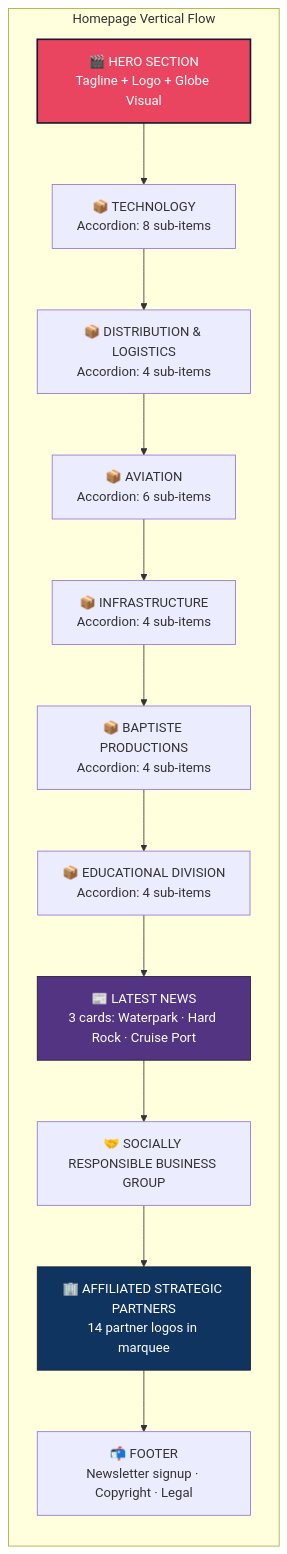
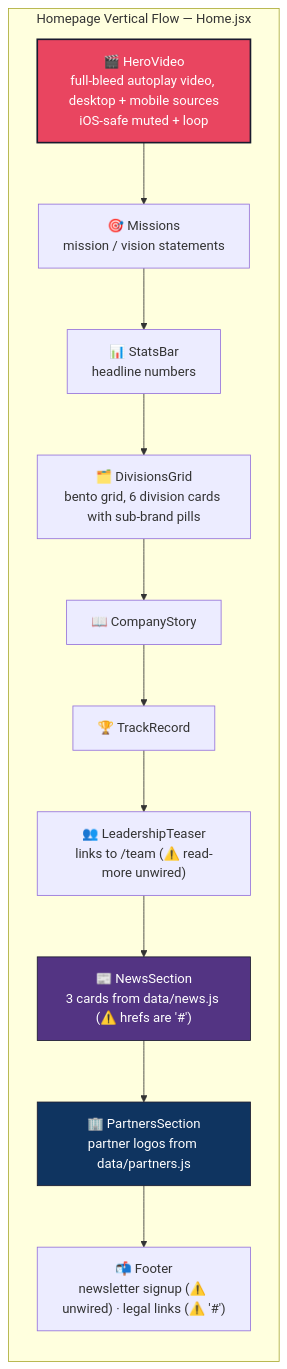
The third of 4 diagrams in docs/guides/bl_worldwide_website_architecture.md (sudomadhatter/B-L-WorldWide), drawn with Mermaid before and after one commit. The commit also changed other lines of this file, not shown here.

Commit message:
docs: create architecture documentation for B&L Worldwide website build state

````diff
--- a/docs/guides/bl_worldwide_website_architecture.md
+++ b/docs/guides/bl_worldwide_website_architecture.md
@@ -223,21 +241,20 @@
 ```mermaid
-graph TD
-    subgraph "Homepage Vertical Flow"
+flowchart TD
+    subgraph HomeFlow ["Homepage Vertical Flow — Home.jsx"]
         direction TB
-        HERO["🎬 HERO SECTION<br/>Tagline + Logo + Globe Visual"]
-        HERO --> DIV1["📦 TECHNOLOGY<br/>Accordion: 8 sub-items"]
-        DIV1 --> DIV2["📦 DISTRIBUTION & LOGISTICS<br/>Accordion: 4 sub-items"]
-        DIV2 --> DIV3["📦 AVIATION<br/>Accordion: 6 sub-items"]
-        DIV3 --> DIV4["📦 INFRASTRUCTURE<br/>Accordion: 4 sub-items"]
-        DIV4 --> DIV5["📦 BAPTISTE PRODUCTIONS<br/>Accordion: 4 sub-items"]
-        DIV5 --> DIV6["📦 EDUCATIONAL DIVISION<br/>Accordion: 4 sub-items"]
-        DIV6 --> NEWS["📰 LATEST NEWS<br/>3 cards: Waterpark · Hard Rock · Cruise Port"]
-        NEWS --> SOCIAL["🤝 SOCIALLY RESPONSIBLE BUSINESS GROUP"]
-        SOCIAL --> PARTNERS["🏢 AFFILIATED STRATEGIC PARTNERS<br/>14 partner logos in marquee"]
-        PARTNERS --> FOOTER["📬 FOOTER<br/>Newsletter signup · Copyright · Legal"]
+        HERO["🎬 HeroVideo\nfull-bleed autoplay video, desktop + mobile sources\niOS-safe muted + loop"]
+        HERO --> MISSIONS["🎯 Missions\nmission / vision statements"]
+        MISSIONS --> STATS["📊 StatsBar\nheadline numbers"]
+        STATS --> GRID["🗂️ DivisionsGrid\nbento grid, 6 division cards with sub-brand pills"]
+        GRID --> STORY["📖 CompanyStory"]
+        STORY --> TRACK["🏆 TrackRecord"]
+        TRACK --> LEAD["👥 LeadershipTeaser\nlinks to /team (⚠️ read-more unwired)"]
+        LEAD --> NEWS["📰 NewsSection\n3 cards from data/news.js (⚠️ hrefs are '#')"]
+        NEWS --> PARTNERS["🏢 PartnersSection\npartner logos from data/partners.js"]
+        PARTNERS --> FOOTER["📬 Footer\nnewsletter signup (⚠️ unwired) · legal links (⚠️ '#')"]
     end
 
     style HERO fill:#e94560,stroke:#1a1a2e,color:#fff,stroke-width:2px
     style NEWS fill:#533483,stroke:#1a1a2e,color:#fff
     style PARTNERS fill:#0f3460,stroke:#1a1a2e,color:#fff
 ```
````
